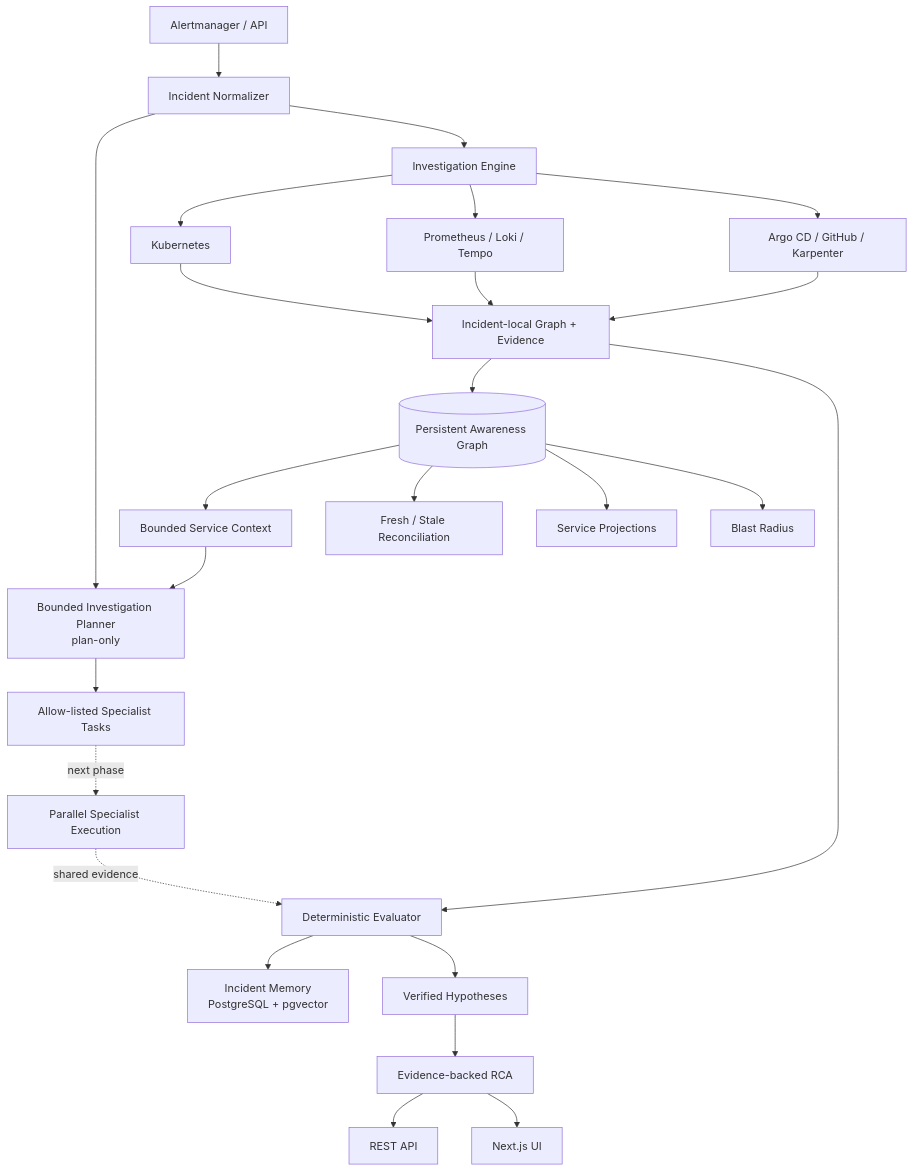
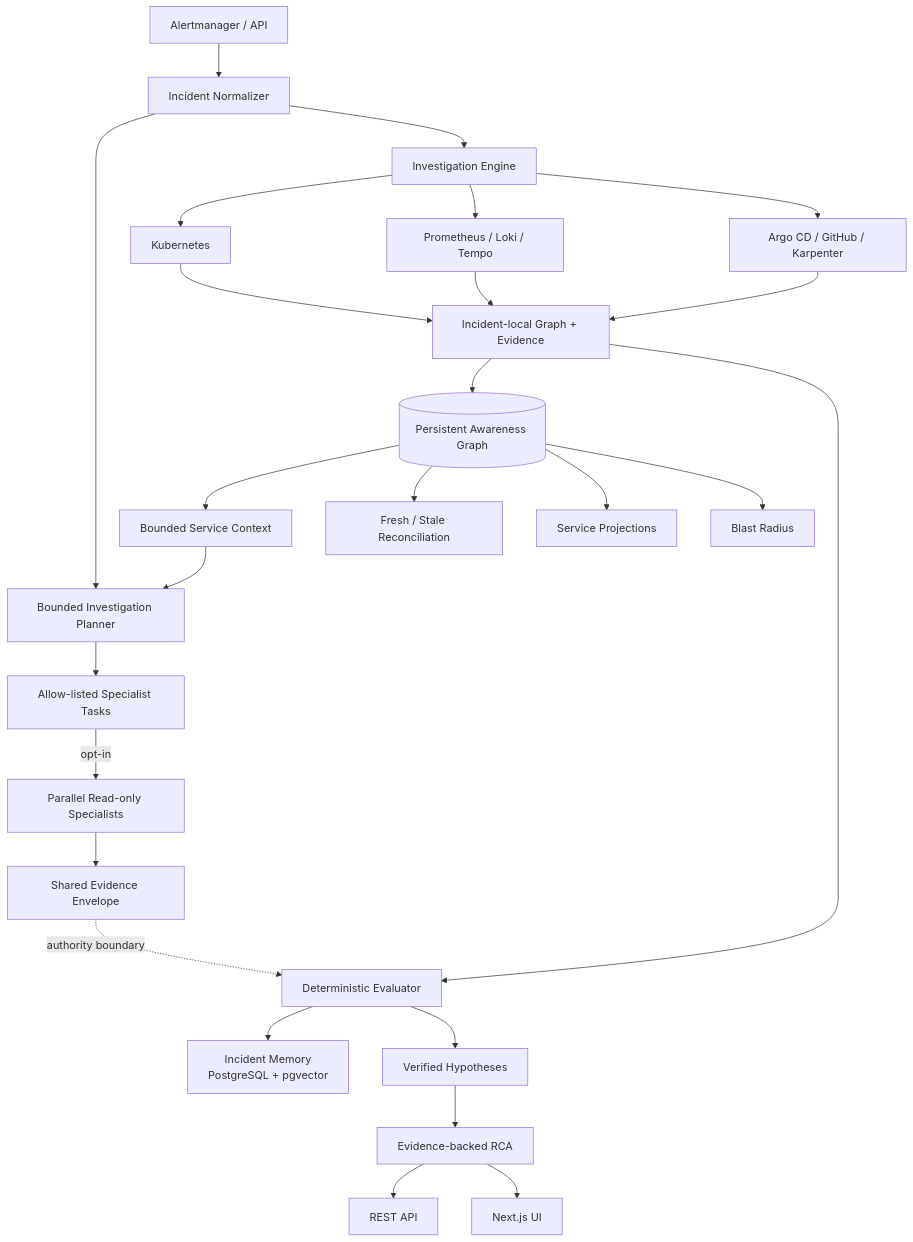
The first of 7 diagrams in README.md (marcocristofolini/ai-sre-rca), drawn with Mermaid before and after one commit. The commit also changed other lines of this file and 19 other files, not shown here.

Commit message:
feat: add opt-in parallel specialist execution

````diff
--- a/README.md
+++ b/README.md
@@ -110,32 +113,32 @@
 ```mermaid
 flowchart TD
     A[Alertmanager / API] --> N[Incident Normalizer]
-    N --> P[Bounded Investigation Planner<br/>plan-only]
+    N --> P[Bounded Investigation Planner]
     N --> E[Investigation Engine]
 
     G[(Persistent Awareness Graph)] --> C[Bounded Service Context]
     C --> P
     P --> T[Allow-listed Specialist Tasks]
+    T -->|opt-in| X[Parallel Read-only Specialists]
+    X --> SE[Shared Evidence Envelope]
 
     E --> K[Kubernetes]
     E --> O[Prometheus / Loki / Tempo]
     E --> CH[Argo CD / GitHub / Karpenter]
     K --> L[Incident-local Graph + Evidence]
     O --> L
     CH --> L
 
     L --> G
     G --> R[Fresh / Stale Reconciliation]
     G --> S[Service Projections]
     G --> B[Blast Radius]
 
     L --> D[Deterministic Evaluator]
+    SE -. authority boundary .-> D
     D --> M[Incident Memory<br/>PostgreSQL + pgvector]
     D --> H[Verified Hypotheses]
     H --> RCA[Evidence-backed RCA]
     RCA --> API[REST API]
     RCA --> UI[Next.js UI]
-
-    T -. next phase .-> X[Parallel Specialist Execution]
-    X -. shared evidence .-> D
 ```
````
